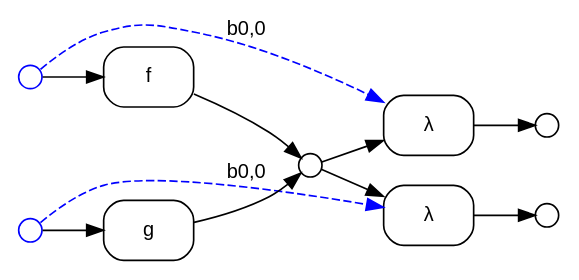
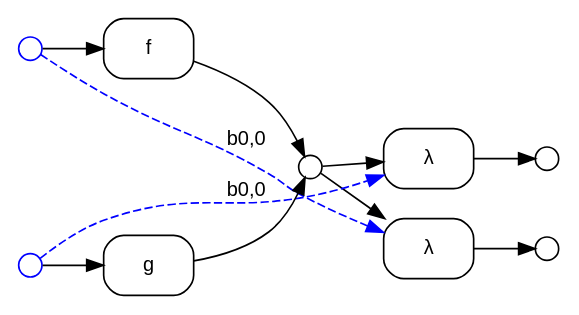
The diagram in safety_unsafe_crossing_binders.dot (ammatsui/bhypvis), drawn with Graphviz before and after one commit. The commit also changed other lines of this file and 828 other files, not shown here.

```diff
--- a/safety_unsafe_crossing_binders.dot
+++ b/safety_unsafe_crossing_binders.dot
@@ -1,34 +1,34 @@
 digraph G {
   fontname="Helvetica"
   fontsize=12
   rankdir=LR;
   node [fontname="Helvetica", fontsize=12];
   edge [fontname="Helvetica", fontsize=12];
 
   // Nodes
+  n3 [label="", shape=circle, style=filled, fillcolor=white, color="black", width=0.2, height=0.2, fixedsize=true];
+  n4 [label="", shape=circle, style=filled, fillcolor=white, color="black", width=0.2, height=0.2, fixedsize=true];
+  n0 [label="", shape=circle, style=filled, fillcolor=white, color="blue", width=0.2, height=0.2, fixedsize=true];
   n2 [label="", shape=circle, style=filled, fillcolor=white, color="black", width=0.2, height=0.2, fixedsize=true];
-  n3 [label="", shape=circle, style=filled, fillcolor=white, color="black", width=0.2, height=0.2, fixedsize=true];
   n1 [label="", shape=circle, style=filled, fillcolor=white, color="blue", width=0.2, height=0.2, fixedsize=true];
-  n0 [label="", shape=circle, style=filled, fillcolor=white, color="blue", width=0.2, height=0.2, fixedsize=true];
-  n4 [label="", shape=circle, style=filled, fillcolor=white, color="black", width=0.2, height=0.2, fixedsize=true];
 
   // Hyperedges
+  e0 [label="f", shape=box, style=rounded, color="black"];
+  e3 [label="λ", shape=box, style=rounded, color="black"];
+  e1 [label="g", shape=box, style=rounded, color="black"];
   e2 [label="λ", shape=box, style=rounded, color="black"];
-  e3 [label="λ", shape=box, style=rounded, color="black"];
-  e0 [label="f", shape=box, style=rounded, color="black"];
-  e1 [label="g", shape=box, style=rounded, color="black"];
 
   // Source connections
+  n0 -> e0 [label=""];
+  n2 -> e3 [label=""];
+  n1 -> e3 [style=dashed, color="blue", constraint=false, label="b0,0"];
+  n1 -> e1 [label=""];
   n2 -> e2 [label=""];
   n0 -> e2 [style=dashed, color="blue", constraint=false, label="b0,0"];
-  n2 -> e3 [label=""];
-  n1 -> e3 [style=dashed, color="blue", constraint=false, label="b0,0"];
-  n0 -> e0 [label=""];
-  n1 -> e1 [label=""];
 
   // Target connections
+  e0 -> n2 [label=""];
+  e3 -> n4 [label=""];
+  e1 -> n2 [label=""];
   e2 -> n3 [label=""];
-  e3 -> n4 [label=""];
-  e0 -> n2 [label=""];
-  e1 -> n2 [label=""];
 }
```
